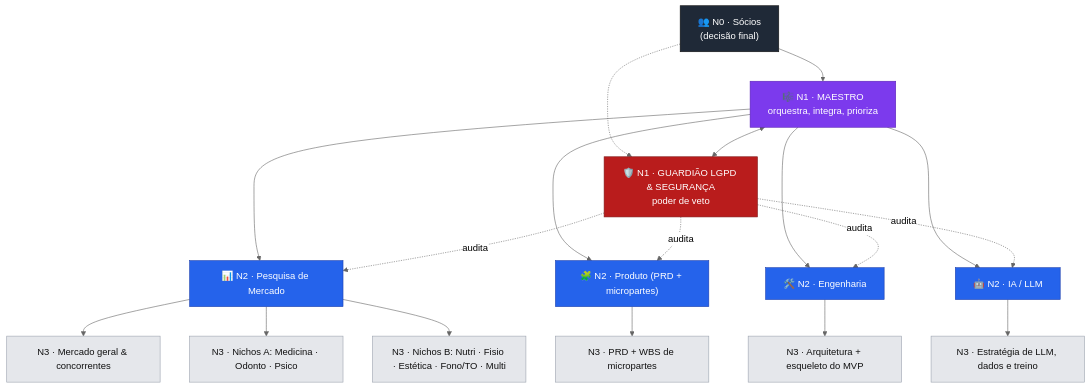
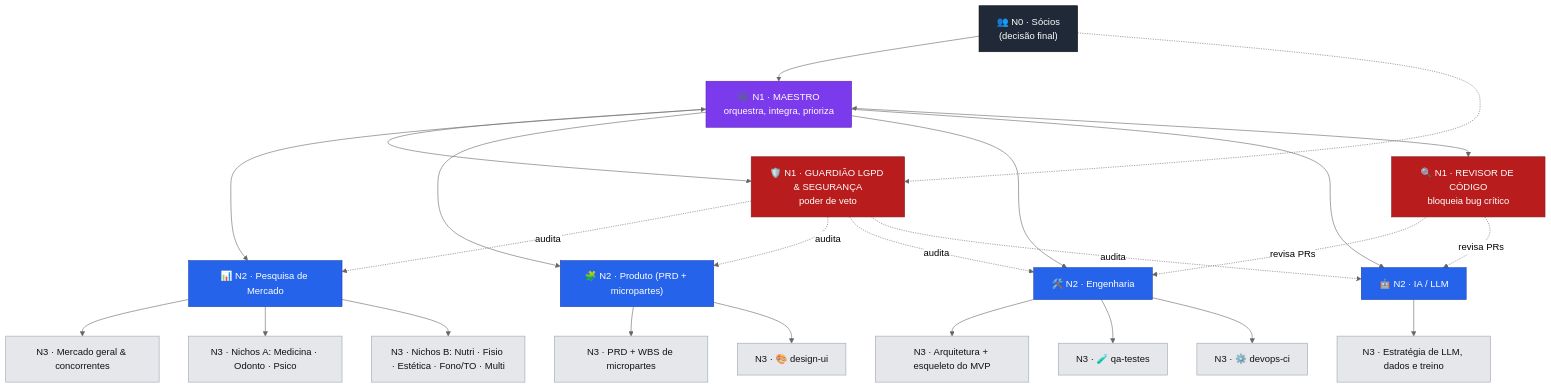
One commit to Rocafa/SAAS-DE-SAUDE changed the diagram in docs/00-governanca/hierarquia.md. Above: the diagram before and after it, drawn with Mermaid (neutral theme). The commit also changed other lines of this file and 10 other files, not shown here.

First line of the commit message:
docs: contexto do projeto, guia de skills e novos agentes (revisor, QA, DevOps, design)

````diff
--- a/docs/00-governanca/hierarquia.md
+++ b/docs/00-governanca/hierarquia.md
@@ -20,38 +21,47 @@
 ```mermaid
 flowchart TD
     S["👥 N0 · Sócios<br/>(decisão final)"]
     M["🎼 N1 · MAESTRO<br/>orquestra, integra, prioriza"]
     G["🛡️ N1 · GUARDIÃO LGPD & SEGURANÇA<br/>poder de veto"]
 
     S --> M
     S -.-> G
     M <--> G
 
     M --> P1["📊 N2 · Pesquisa de Mercado"]
     M --> P2["🧩 N2 · Produto (PRD + micropartes)"]
     M --> P3["🛠️ N2 · Engenharia"]
     M --> P4["🤖 N2 · IA / LLM"]
 
     P1 --> E1["N3 · Mercado geral & concorrentes"]
     P1 --> E2["N3 · Nichos A: Medicina · Odonto · Psico"]
     P1 --> E3["N3 · Nichos B: Nutri · Fisio · Estética · Fono/TO · Multi"]
     P2 --> E4["N3 · PRD + WBS de micropartes"]
     P3 --> E5["N3 · Arquitetura + esqueleto do MVP"]
     P4 --> E6["N3 · Estratégia de LLM, dados e treino"]
+    P2 --> E7["N3 · 🎨 design-ui"]
+    P3 --> E8["N3 · 🧪 qa-testes"]
+    P3 --> E9["N3 · ⚙️ devops-ci"]
+
+    R["🔍 N1 · REVISOR DE CÓDIGO<br/>bloqueia bug crítico"]
+    M <--> R
+    R -. revisa PRs .-> P3
+    R -. revisa PRs .-> P4
 
     G -. audita .-> P1
     G -. audita .-> P2
     G -. audita .-> P3
     G -. audita .-> P4
 
     classDef dono fill:#1f2937,color:#fff,stroke:#111
     classDef maestro fill:#7c3aed,color:#fff,stroke:#5b21b6
     classDef guard fill:#b91c1c,color:#fff,stroke:#7f1d1d
     classDef lider fill:#2563eb,color:#fff,stroke:#1e40af
     classDef exec fill:#e5e7eb,color:#111,stroke:#9ca3af
     class S dono
     class M maestro
     class G guard
     class P1,P2,P3,P4 lider
-    class E1,E2,E3,E4,E5,E6 exec
+    class R guard
+    class E1,E2,E3,E4,E5,E6,E7,E8,E9 exec
 ```
````
